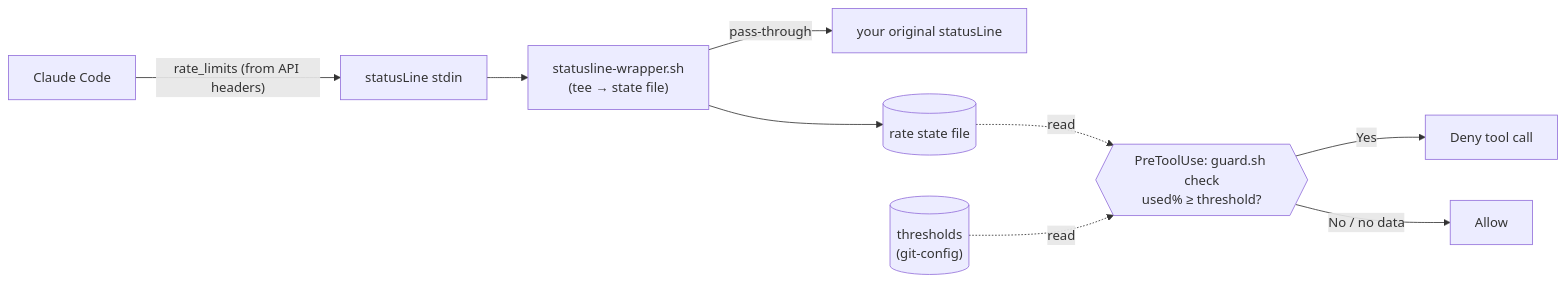
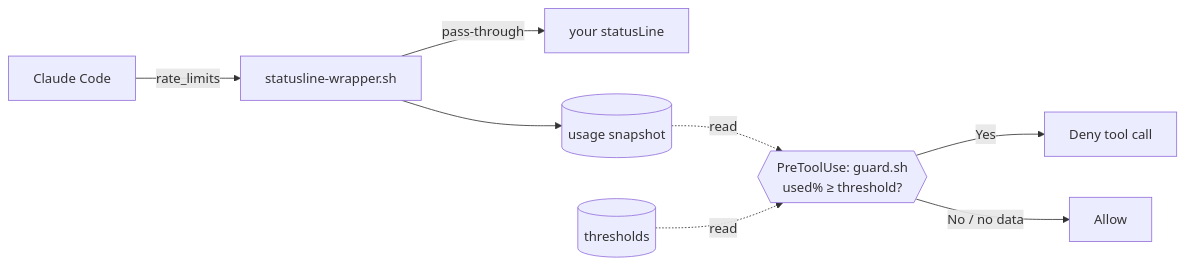
The diagram in limit-usage/README.md (pokutuna/claude-marketplace), drawn with Mermaid before and after one commit. The commit also changed other lines of this file and 3 other files, not shown here.

````diff
--- a/limit-usage/README.md
+++ b/limit-usage/README.md
@@ -79,11 +43,10 @@
 ```mermaid
 flowchart LR
-    CC[Claude Code] -->|"rate_limits (from API headers)"| SL[statusLine stdin]
-    SL --> W["statusline-wrapper.sh<br>(tee → state file)"]
-    W -->|pass-through| ORIG[your original statusLine]
-    W --> RF[("rate state file")]
-    RF -.->|read| G{{"PreToolUse: guard.sh check<br>used% ≥ threshold?"}}
+    CC[Claude Code] -->|"rate_limits"| W["statusline-wrapper.sh"]
+    W -->|pass-through| ORIG[your statusLine]
+    W --> RF[("usage snapshot")]
+    RF -.->|read| G{{"PreToolUse: guard.sh<br>used% ≥ threshold?"}}
+    CONF[("thresholds")] -.->|read| G
     G -- Yes --> DENY[Deny tool call]
     G -- No / no data --> ALLOW[Allow]
-    CONF[("thresholds<br>(git-config)")] -.->|read| G
 ```
````
